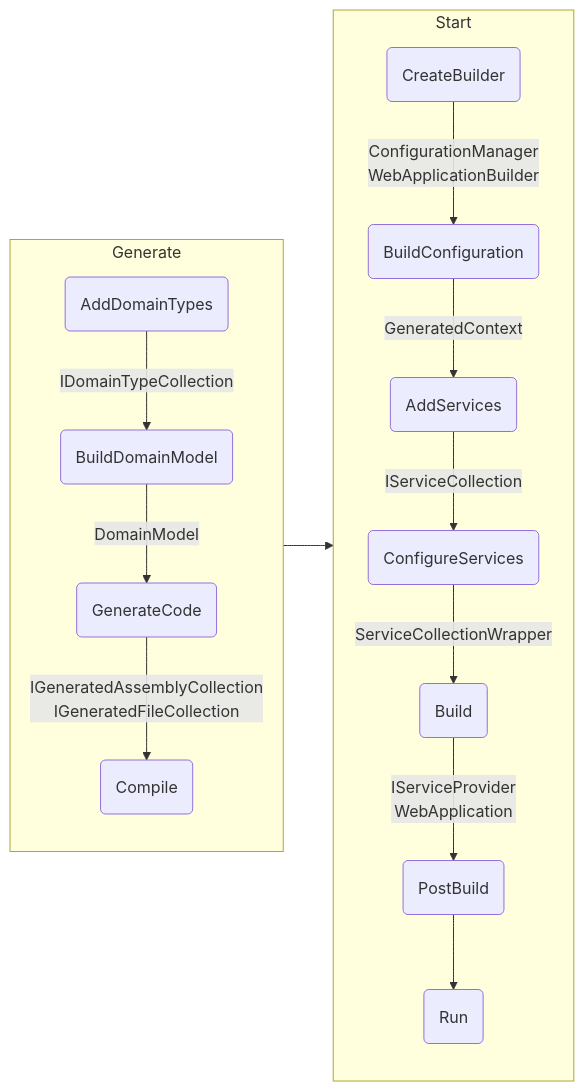
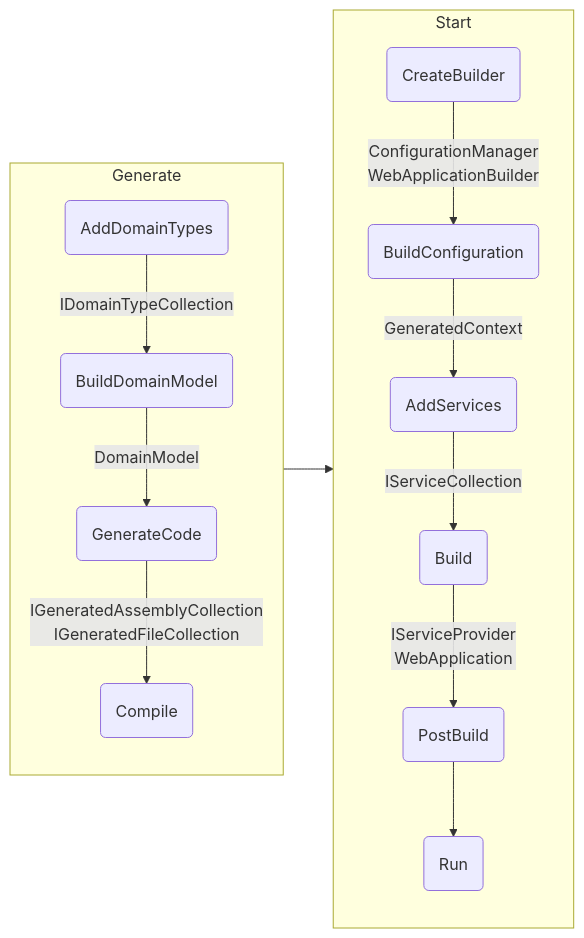
Before and after one commit to mouseless/baked: the diagram in docs/recipes/data-source.md, drawn with Mermaid. The commit also changed 6 other files, not shown here.

Commit message:
remove service conllection wrapper and use `PostConfigure`

````diff
--- a/docs/recipes/data-source.md
+++ b/docs/recipes/data-source.md
@@ -74,33 +74,31 @@
 ```mermaid
 flowchart LR;
 
     subgraph Generate
       AD(AddDomainTypes)
       BD(BuildDomainModel)
       GC(GenerateCode)
       C(Compile)
 
       AD -->|IDomainTypeCollection| BD
       BD -->|DomainModel| GC
       GC -->|IGeneratedAssemblyCollection<br/>IGeneratedFileCollection| C
     end
 
     subgraph Start
       CB(CreateBuilder)
       BC(BuildConfiguration)
       AS(AddServices)
-      CS(ConfigureServices)
       B(Build)
       PB(PostBuild)
       R(Run)
 
       CB -->|ConfigurationManager<br/>WebApplicationBuilder| BC
       BC -->|GeneratedContext| AS
-      AS -->|IServiceCollection| CS
-      CS -->|ServiceCollectionWrapper| B
+      AS -->|IServiceCollection| B
       B -->|IServiceProvider<br/>WebApplication|PB
       PB --> R
     end
 
     Generate --> Start
 ```
````
